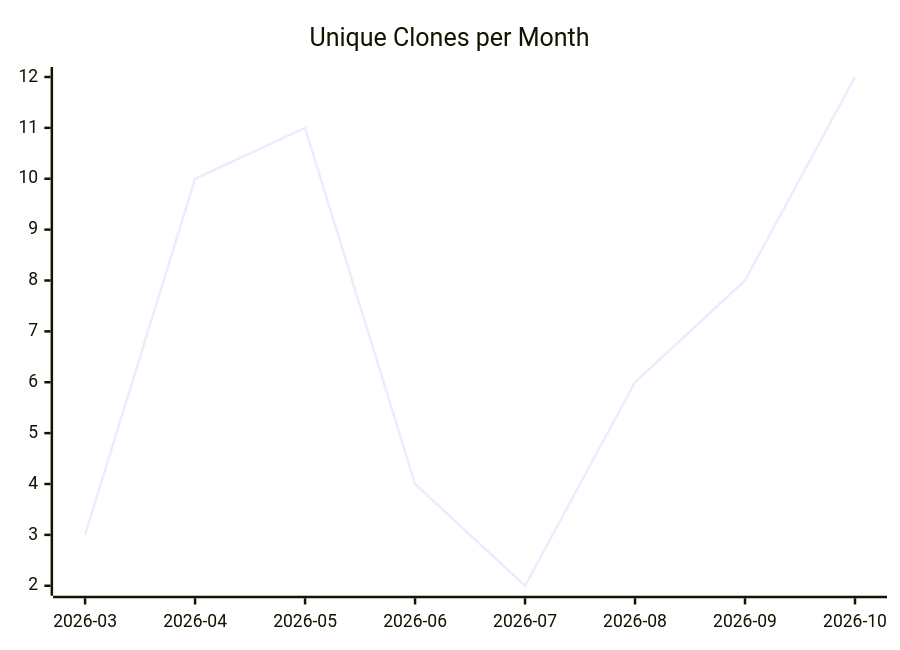
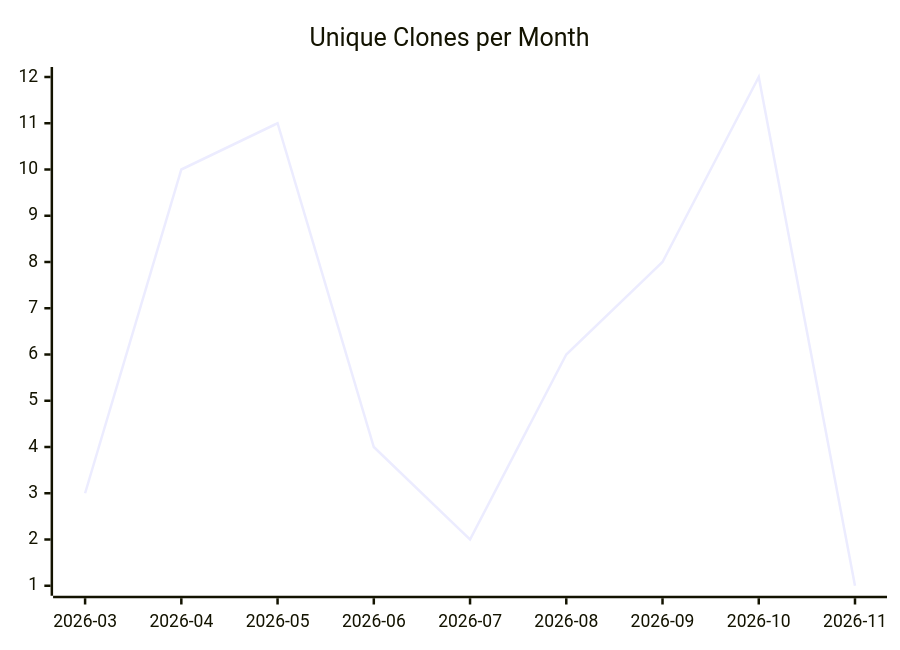
Before and after one commit to justdavis-family/github-analytics-data: the third of 3 diagrams in karlmdavis/bbonfhir-dev-infra-docker/README.md, drawn with Mermaid. The commit also changed other lines of this file and 201 other files, not shown here.

````diff
--- a/karlmdavis/bbonfhir-dev-infra-docker/README.md
+++ b/karlmdavis/bbonfhir-dev-infra-docker/README.md
@@ -19,6 +19,6 @@
 ```mermaid
 xychart-beta
   title "Unique Clones per Month"
-  x-axis ["2026-03", "2026-04", "2026-05", "2026-06", "2026-07", "2026-08", "2026-09", "2026-10"]
-  line [3, 10, 11, 4, 2, 6, 8, 12]
+  x-axis ["2026-03", "2026-04", "2026-05", "2026-06", "2026-07", "2026-08", "2026-09", "2026-10", "2026-11"]
+  line [3, 10, 11, 4, 2, 6, 8, 12, 1]
 ```
````
